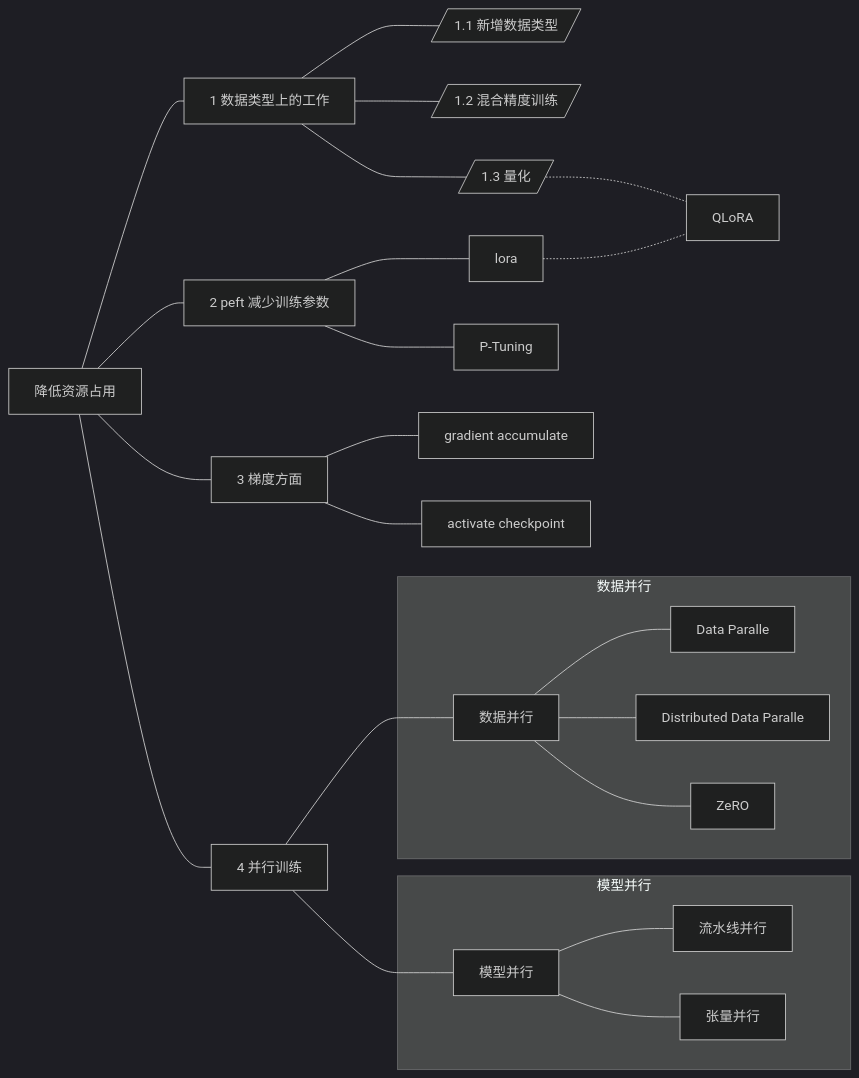
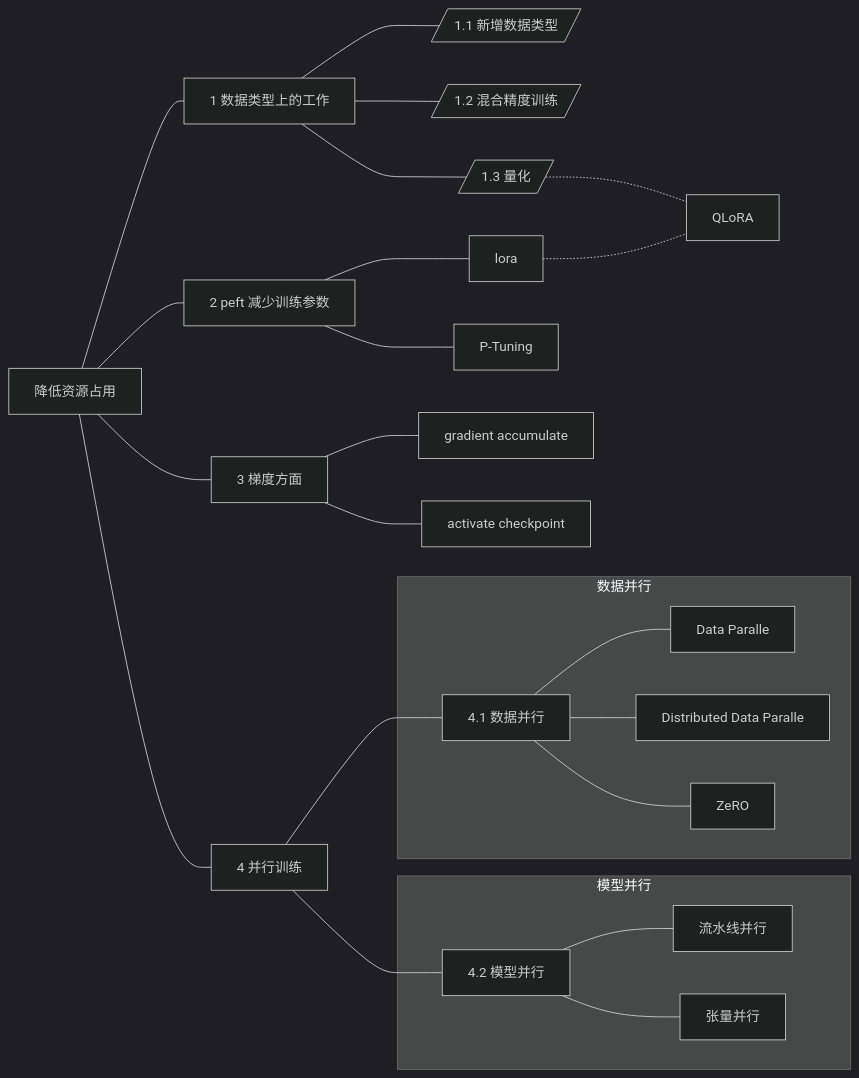
One commit to YanLin-Git/note changed the diagram in LLM/降低资源占用/README.md. Above: the diagram before and after it, drawn with Mermaid (dark theme). The commit also changed 2 other files, not shown here.

Commit message:
数据并行部分，修改部分内容

````diff
--- a/LLM/降低资源占用/README.md
+++ b/LLM/降低资源占用/README.md
@@ -6,39 +6,39 @@
 ```mermaid
 graph LR
     source[降低资源占用]
     data[1 数据类型上的工作]
     add[/1.1 新增数据类型/]
     mix[/1.2 混合精度训练/]
     quanti[/1.3 量化/]
     peft[2 peft 减少训练参数]
     lora[lora]
     PT[P-Tuning]
     QLoRA[QLoRA]
     g[3 梯度方面]
     ga[gradient accumulate]
     ac[activate checkpoint]
     paralle[4 并行训练]
-    DataParalle[数据并行]
+    DataParalle[4.1 数据并行]
     dp[Data Paralle]
     ddp[Distributed Data Paralle]
     ZeRO[ZeRO]
-    ModelParalle[模型并行]
+    ModelParalle[4.2 模型并行]
     Gpipe[流水线并行]
     Megatron[张量并行]
 
     source --- data & peft & g & paralle
     data --- add & mix & quanti
     peft --- lora & PT
     quanti & lora -.- QLoRA
     g --- ga & ac
     paralle --- DataParalle & ModelParalle
 
     subgraph 数据并行
         DataParalle --- dp & ddp & ZeRO
     end
 
     subgraph 模型并行
         ModelParalle --- Gpipe & Megatron
     end
 
 ```
````
